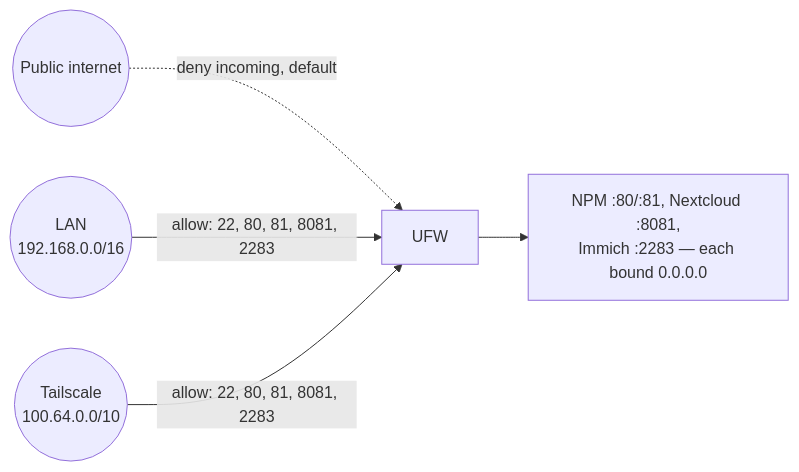
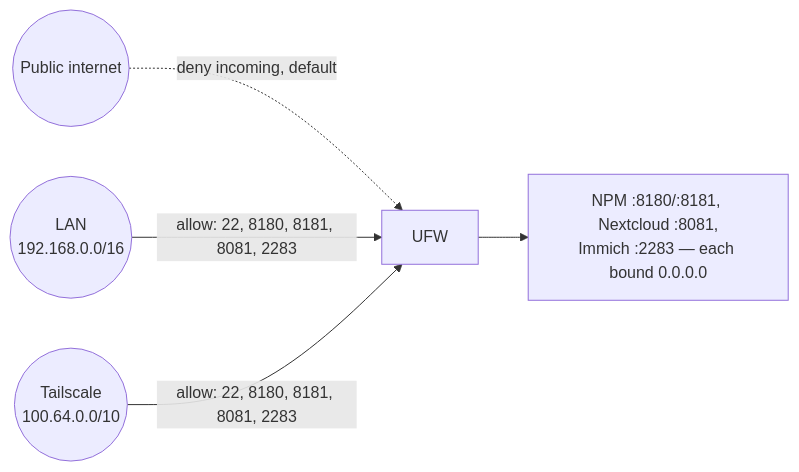
Before and after one commit to rajubhimani/homeserver: the second of 2 diagrams in docs/09-firewall.md, drawn with Mermaid. The commit also changed other lines of this file and 43 other files, not shown here.

````diff
--- a/docs/09-firewall.md
+++ b/docs/09-firewall.md
@@ -128,7 +127,7 @@
 ```mermaid
 flowchart LR
     Internet(("Public internet")) -.->|deny incoming, default| FW["UFW"]
-    LAN(("LAN<br/>192.168.0.0/16")) -->|allow: 22, 80, 81, 8081, 2283| FW
-    TS(("Tailscale<br/>100.64.0.0/10")) -->|allow: 22, 80, 81, 8081, 2283| FW
-    FW --> Ports["NPM :80/:81, Nextcloud :8081,<br/>Immich :2283 — each bound 0.0.0.0"]
+    LAN(("LAN<br/>192.168.0.0/16")) -->|allow: 22, 8180, 8181, 8081, 2283| FW
+    TS(("Tailscale<br/>100.64.0.0/10")) -->|allow: 22, 8180, 8181, 8081, 2283| FW
+    FW --> Ports["NPM :8180/:8181, Nextcloud :8081,<br/>Immich :2283 — each bound 0.0.0.0"]
 ```
````
